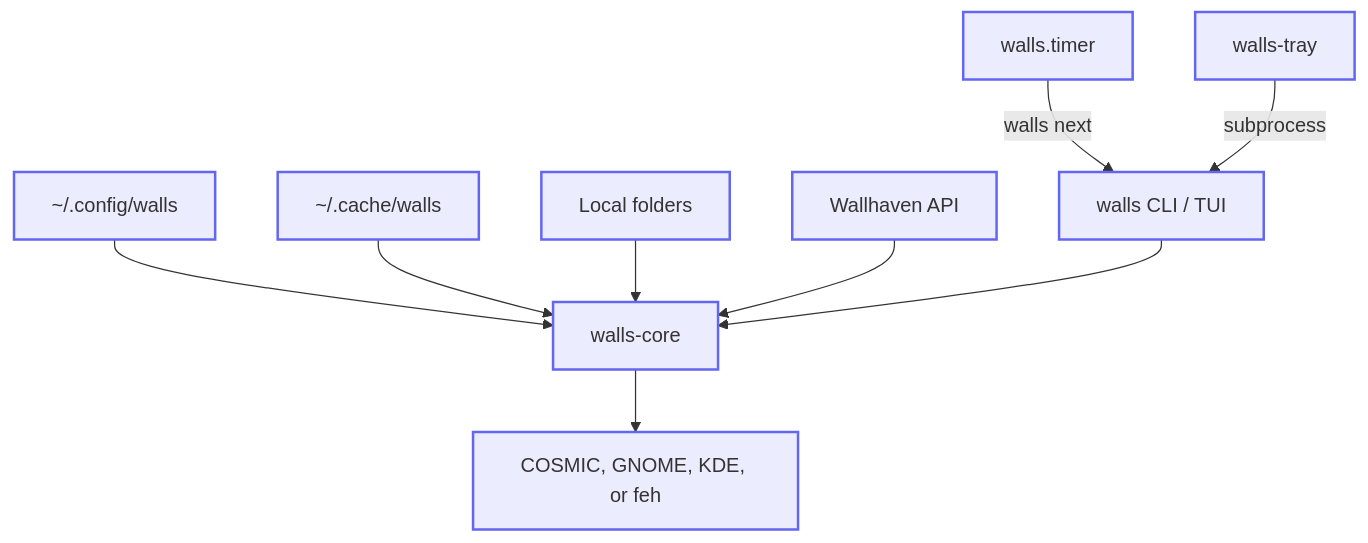
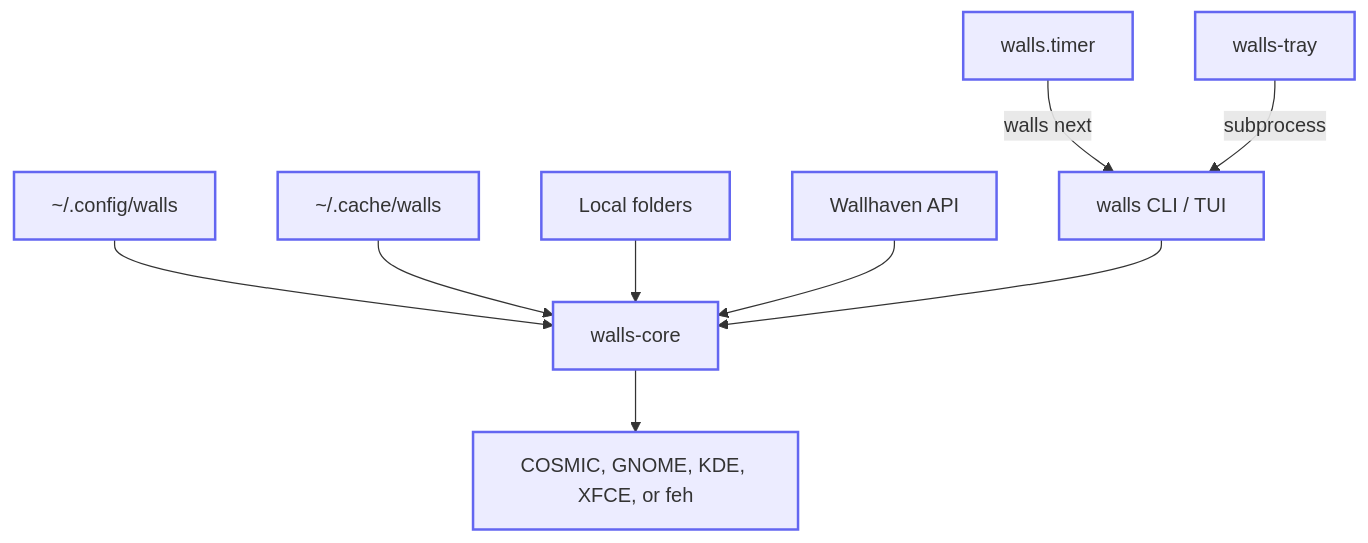
One commit to willfish/walls changed the diagram in README.md. Above: the diagram before and after it, drawn with Mermaid. The commit also changed other lines of this file and 6 other files, not shown here.

First line of the commit message:
feat: add XFCE apply backend (#76)

````diff
--- a/README.md
+++ b/README.md
@@ -50,24 +50,24 @@
 ```mermaid
 flowchart TD
     CONFIG["~/.config/walls"]
     CACHE["~/.cache/walls"]
     LOCAL[Local folders]
     WH[Wallhaven API]
     TIMER[walls.timer]
     TRAY[walls-tray]
     CLI["walls CLI / TUI"]
     CORE[walls-core]
-    APPLY["COSMIC, GNOME, KDE, or feh"]
+    APPLY["COSMIC, GNOME, KDE, XFCE, or feh"]
 
     TIMER -->|walls next| CLI
     TRAY -->|subprocess| CLI
     CONFIG --> CORE
     CACHE --> CORE
     LOCAL --> CORE
     WH --> CORE
     CLI --> CORE
     CORE --> APPLY
 
     classDef box stroke:#6366f1,stroke-width:2px
     class CONFIG,CACHE,LOCAL,WH,TIMER,TRAY,CLI,CORE,APPLY box
 ```
````
